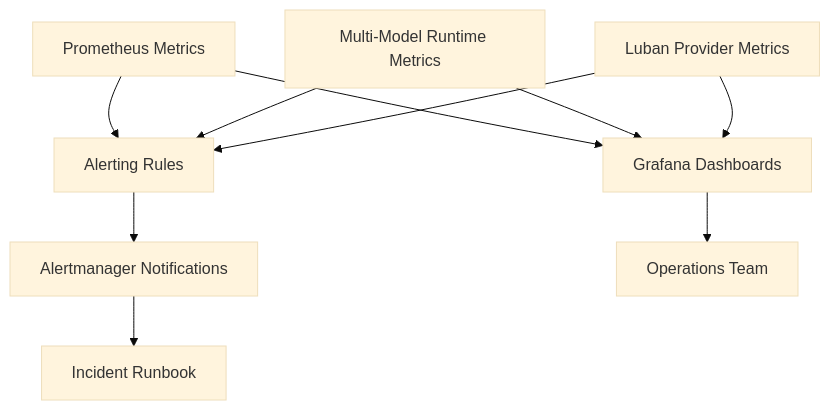
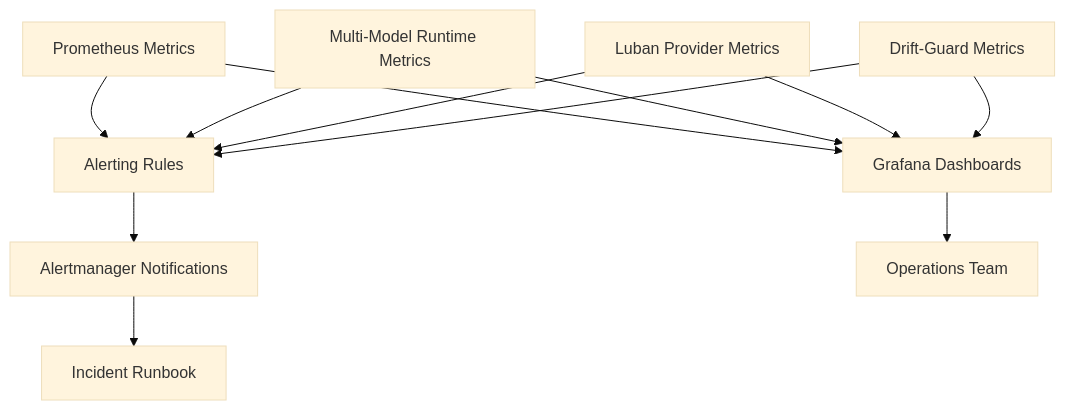
Diagram 12 of 14 in .qoder/repowiki/en/content/Monitoring and Observability/Monitoring and Observability.md (metasync/luban-aiops), drawn with Mermaid (base theme) before and after one commit. The commit also changed other lines of this file and 8 other files, not shown here.

````diff
--- a/.qoder/repowiki/en/content/Monitoring and Observability/Monitoring and Observability.md
+++ b/.qoder/repowiki/en/content/Monitoring and Observability/Monitoring and Observability.md
@@ -595,12 +686,14 @@
 ```mermaid
 graph TB
 Metrics["Prometheus Metrics"] --> Rules["Alerting Rules"]
 Rules --> Alerts["Alertmanager Notifications"]
 Alerts --> Runbook["Incident Runbook"]
 Metrics --> Dashboards["Grafana Dashboards"]
 Dashboards --> Ops["Operations Team"]
 NewMetrics["Multi-Model Runtime Metrics"] --> Rules
 NewMetrics --> Dashboards
 LubanMetrics["Luban Provider Metrics"] --> Rules
 LubanMetrics --> Dashboards
+DriftMetrics["Drift-Guard Metrics"] --> Rules
+DriftMetrics --> Dashboards
 ```
````
